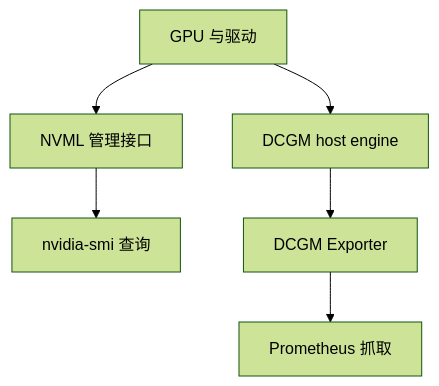
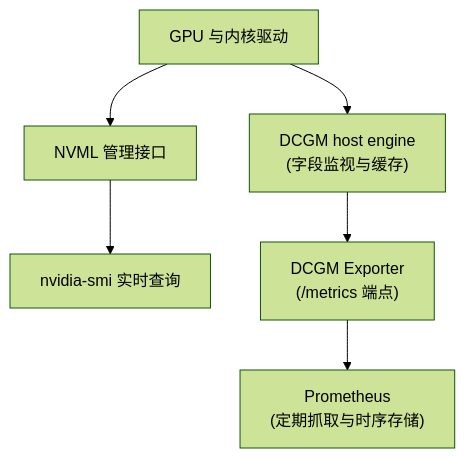
One commit to realtyz/ops-manual changed the diagram in AI-Infra/17_把设备、网络与作业状态联系起来/01_GPU 遥测的采集链路与时间序列.md. Above: the diagram before and after it, drawn with Mermaid (forest theme). The commit also changed other lines of this file and 194 other files, not shown here.

````diff
--- a/AI-Infra/17_把设备、网络与作业状态联系起来/01_GPU 遥测的采集链路与时间序列.md
+++ b/AI-Infra/17_把设备、网络与作业状态联系起来/01_GPU 遥测的采集链路与时间序列.md
@@ -26,8 +50,9 @@
 ```mermaid
 flowchart TB
-    G["GPU 与驱动"] --> N["NVML 管理接口"]
-    N --> S["nvidia-smi 查询"]
-    G --> D["DCGM host engine"]
-    D --> E["DCGM Exporter"]
-    E --> P["Prometheus 抓取"]
+    accDescr: GPU 与驱动向左侧 NVML 实时查询支路和右侧 DCGM 持续遥测支路提供状态数据，后者经 DCGM Exporter 暴露 /metrics 后由 Prometheus 定期抓取入库。
+    G["GPU 与内核驱动"] --> N["NVML 管理接口"]
+    N --> S["nvidia-smi 实时查询"]
+    G --> D["DCGM host engine<br/>(字段监视与缓存)"]
+    D --> E["DCGM Exporter<br/>(/metrics 端点)"]
+    E --> P["Prometheus<br/>(定期抓取与时序存储)"]
 ```
````
